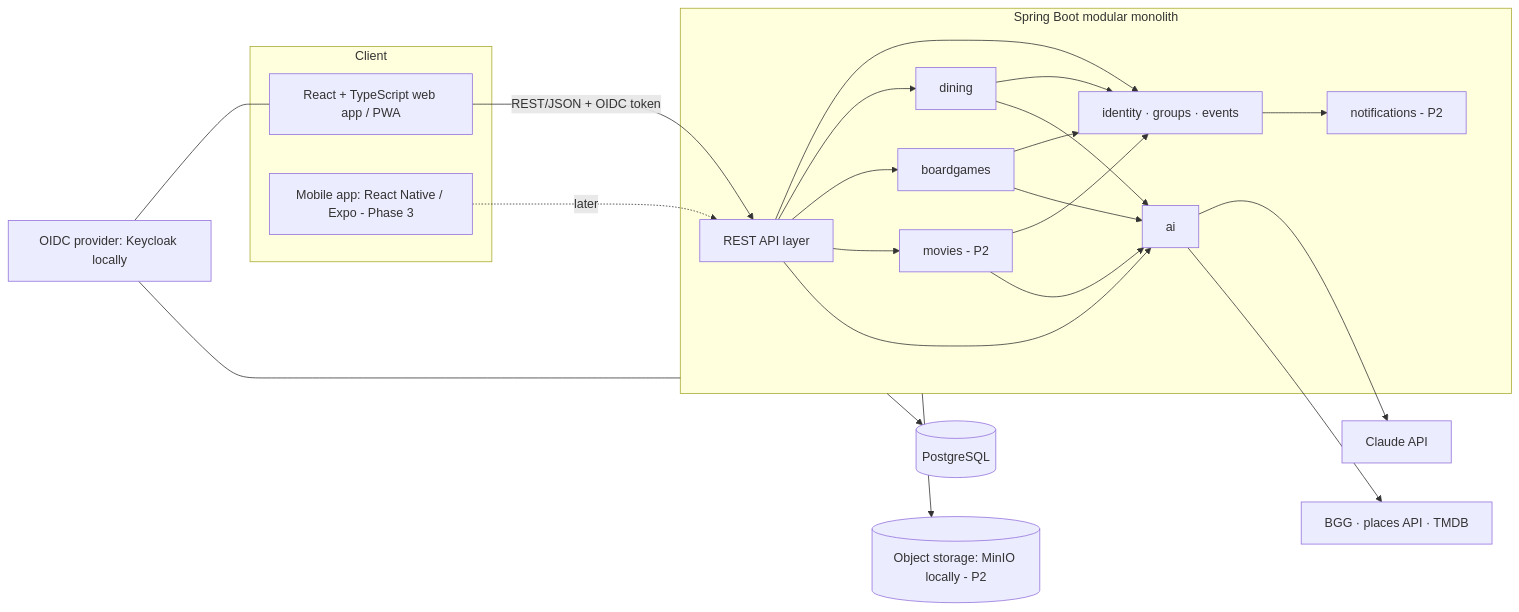
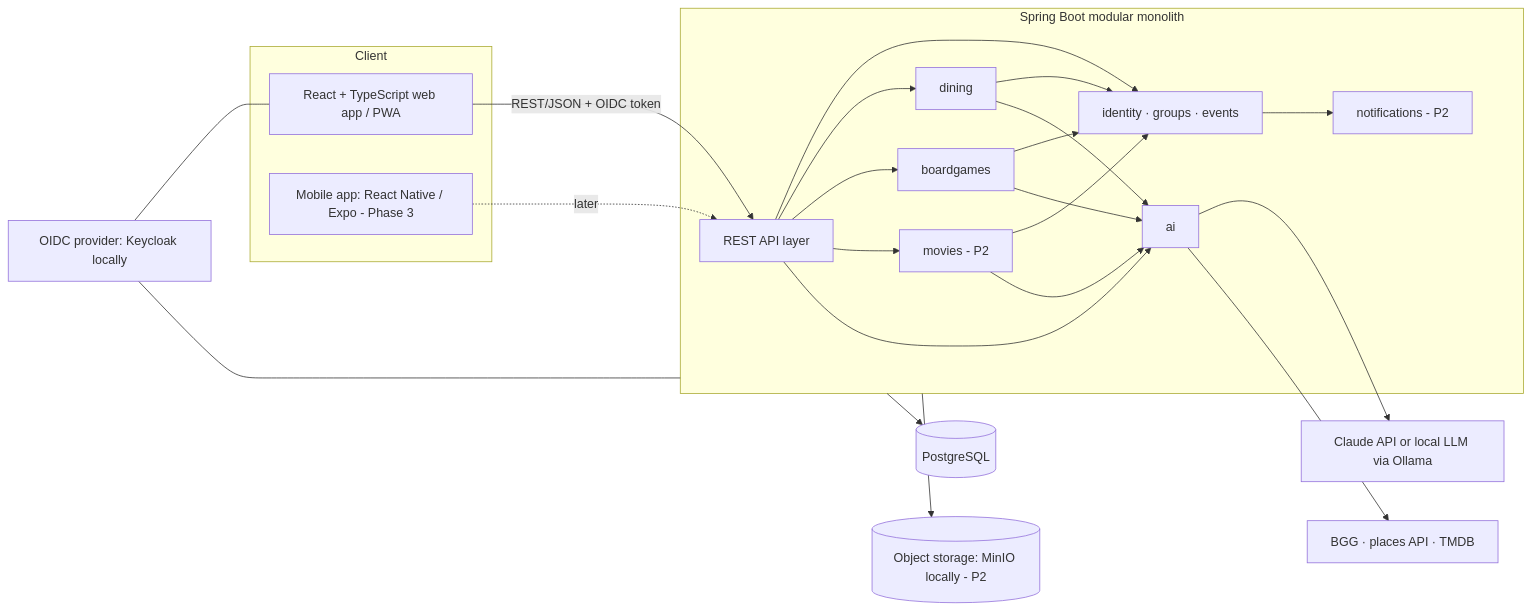
Before and after one commit to sadamick2112/crewup: the diagram in docs/architecture.md, drawn with Mermaid. The commit also changed other lines of this file and 5 other files, not shown here.

First line of the commit message:
docs: resolve open questions, switch to Maven, add local LLM option

````diff
--- a/docs/architecture.md
+++ b/docs/architecture.md
@@ -9,26 +9,26 @@
 ```mermaid
 flowchart LR
   subgraph Client
     W[React + TypeScript web app / PWA]
     M[Mobile app: React Native / Expo - Phase 3]
   end
   W -- REST/JSON + OIDC token --> API
   M -. later .-> API
   subgraph Backend [Spring Boot modular monolith]
     API[REST API layer]
     API --> CORE[identity · groups · events]
     API --> DIN[dining]
     API --> BG[boardgames]
     API --> MOV[movies - P2]
     API --> AI[ai]
     CORE --> NOTIF[notifications - P2]
     DIN & BG & MOV --> CORE
     DIN & BG & MOV --> AI
   end
   Backend --> PG[(PostgreSQL)]
   Backend --> S3[(Object storage: MinIO locally - P2)]
   OIDC[OIDC provider: Keycloak locally] --- W
   OIDC --- Backend
-  AI --> CLAUDE[Claude API]
+  AI --> CLAUDE[Claude API or local LLM via Ollama]
   AI --> EXT[BGG · places API · TMDB]
 ```
````
